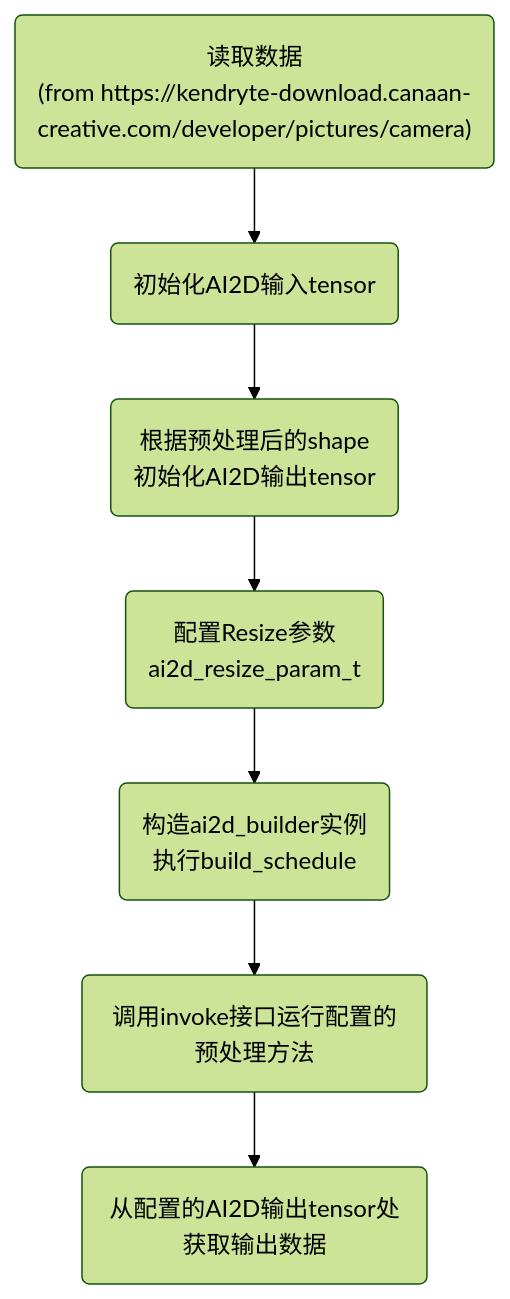
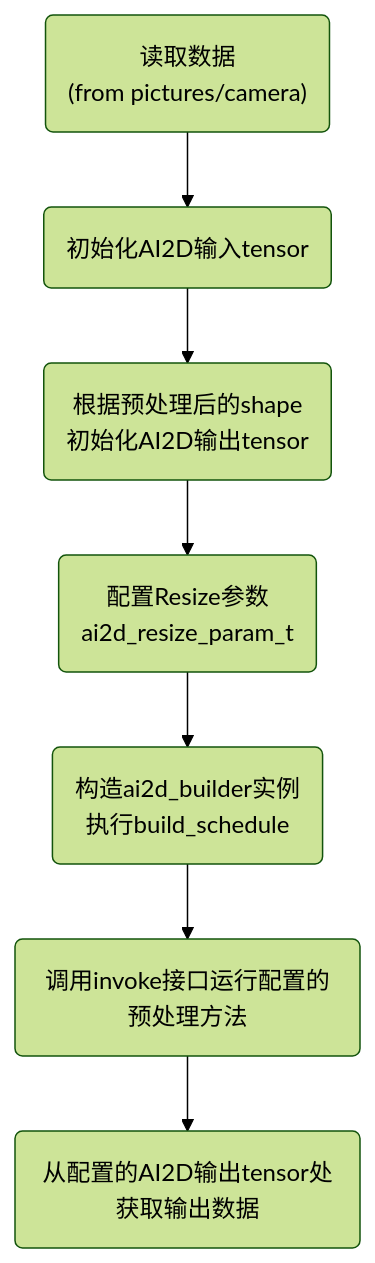
One commit to kendryte/k230_rtos_docs changed the first of 5 diagrams in zh/app_develop_guide/ai/ai2d.md. Above: the diagram before and after it, drawn with Mermaid (forest theme). The commit also changed other lines of this file, not shown here.

```diff
--- a/zh/app_develop_guide/ai/ai2d.md
+++ b/zh/app_develop_guide/ai/ai2d.md
@@ -21,4 +21,4 @@
 <div class="mermaid">
 graph TD;
-    ReadData("读取数据<br>(from https://kendryte-download.canaan-creative.com/developer/pictures/camera)") -->SetInput("初始化AI2D输入tensor")-->SetOutput("根据预处理后的shape<br>初始化AI2D输出tensor")-->SetParam("配置Resize参数<br>ai2d_resize_param_t")-->InitBuilder("构造ai2d_builder实例<br>执行build_schedule")-->Run("调用invoke接口运行配置的预处理方法")-->GetOutput("从配置的AI2D输出tensor处获取输出数据");
+    ReadData("读取数据<br>(from pictures/camera)") -->SetInput("初始化AI2D输入tensor")-->SetOutput("根据预处理后的shape<br>初始化AI2D输出tensor")-->SetParam("配置Resize参数<br>ai2d_resize_param_t")-->InitBuilder("构造ai2d_builder实例<br>执行build_schedule")-->Run("调用invoke接口运行配置的预处理方法")-->GetOutput("从配置的AI2D输出tensor处获取输出数据");
 </div>
```
